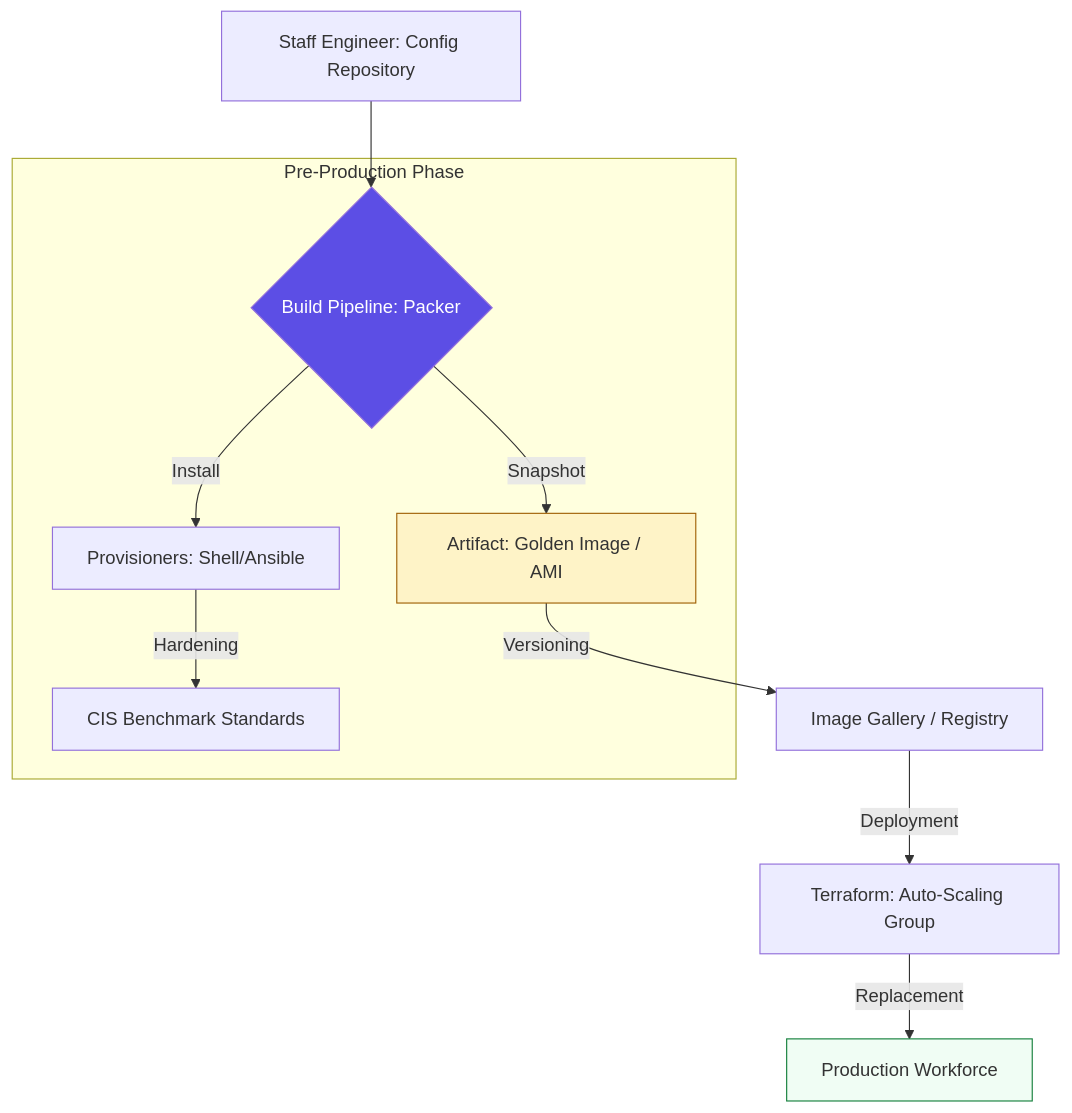
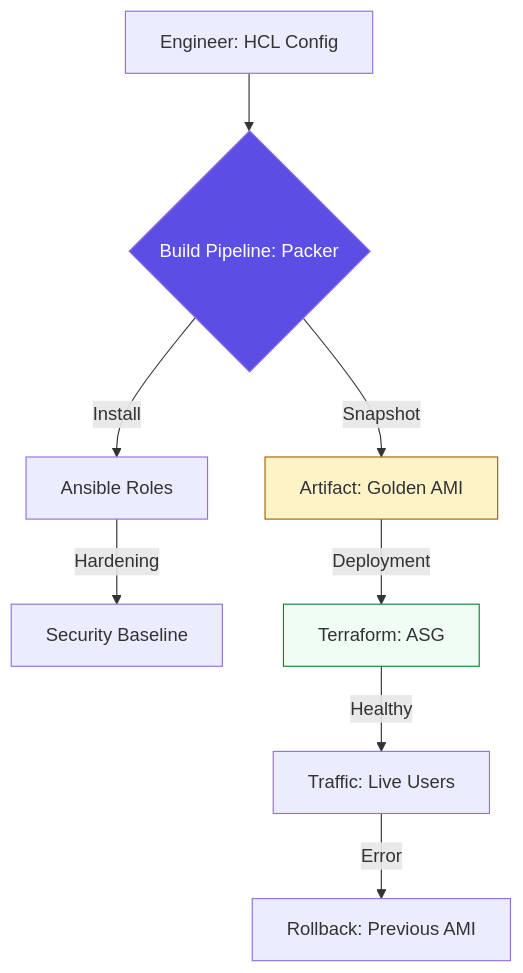
Before and after one commit to Ganil151/Devops: the diagram in 2-Intermediate/02-Phase-2/01-Infrastructure-Automation/02-Config-Management/04-Immutable-Infrastructure-and-Images/README.md, drawn with Mermaid. The commit also changed other lines of this file and 230 other files, not shown here.

````diff
--- a/2-Intermediate/02-Phase-2/01-Infrastructure-Automation/02-Config-Management/04-Immutable-Infrastructure-and-Images/README.md
+++ b/2-Intermediate/02-Phase-2/01-Infrastructure-Automation/02-Config-Management/04-Immutable-Infrastructure-and-Images/README.md
@@ -13,21 +63,14 @@
 ```mermaid
 graph TD
-    A[Staff Engineer: Config Repository] --> B{Build Pipeline: Packer}
-    B -- Install --> C[Provisioners: Shell/Ansible]
-    C -- Hardening --> D[CIS Benchmark Standards]
-    B -- Snapshot --> E[Artifact: Golden Image / AMI]
-    E -- Versioning --> F[Image Gallery / Registry]
-    F -- Deployment --> G[Terraform: Auto-Scaling Group]
-    G -- Replacement --> H[Production Workforce]
-    
-    subgraph The_Bake_Cycle[Pre-Production Phase]
-        B
-        C
-        D
-        E
-    end
+    A[Engineer: HCL Config] --> B{Build Pipeline: Packer}
+    B -- Install --> C[Ansible Roles]
+    C -- Hardening --> D[Security Baseline]
+    B -- Snapshot --> E[Artifact: Golden AMI]
+    E -- Deployment --> F[Terraform: ASG]
+    F -- Healthy --> G[Traffic: Live Users]
+    G -- Error --> H[Rollback: Previous AMI]
     
     style B fill:#5c4ee5,color:#fff
     style E fill:#fef3c7,stroke:#a16207
-    style H fill:#f0fdf4,stroke:#15803d
+    style F fill:#f0fdf4,stroke:#15803d
 ```
````
